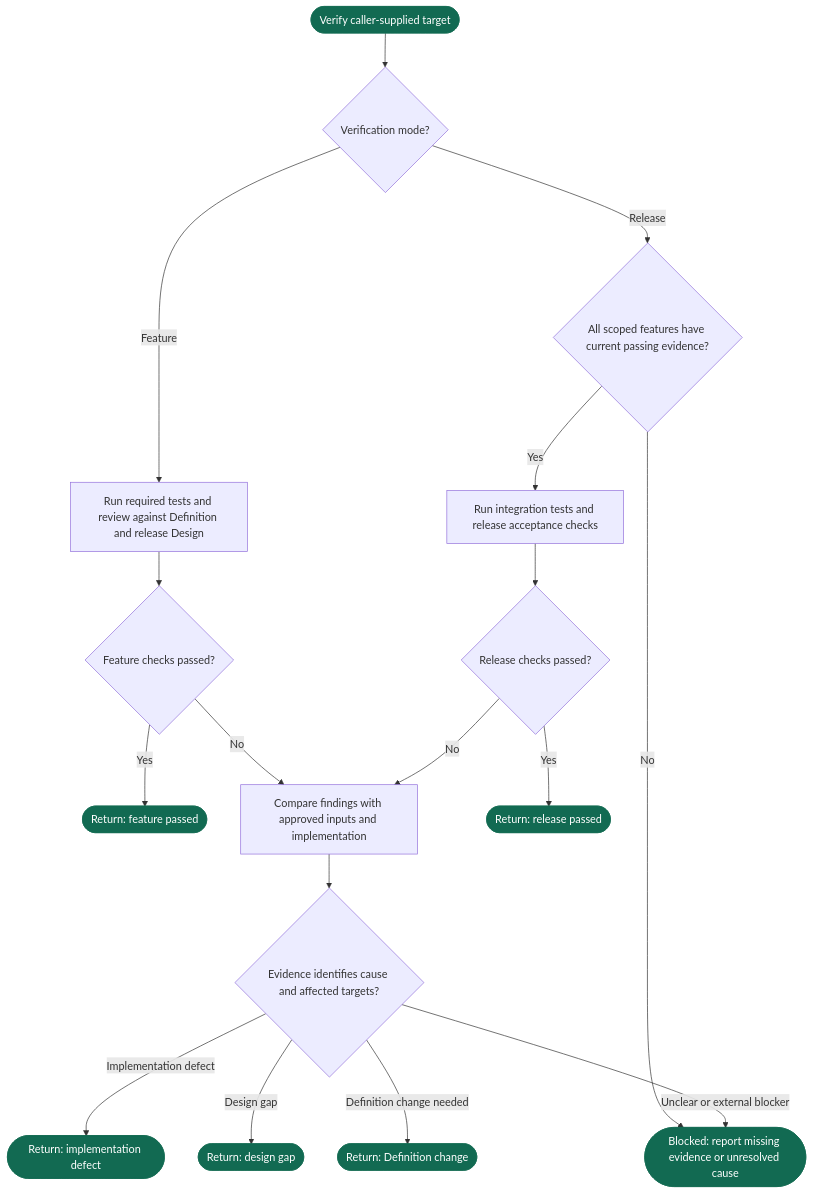
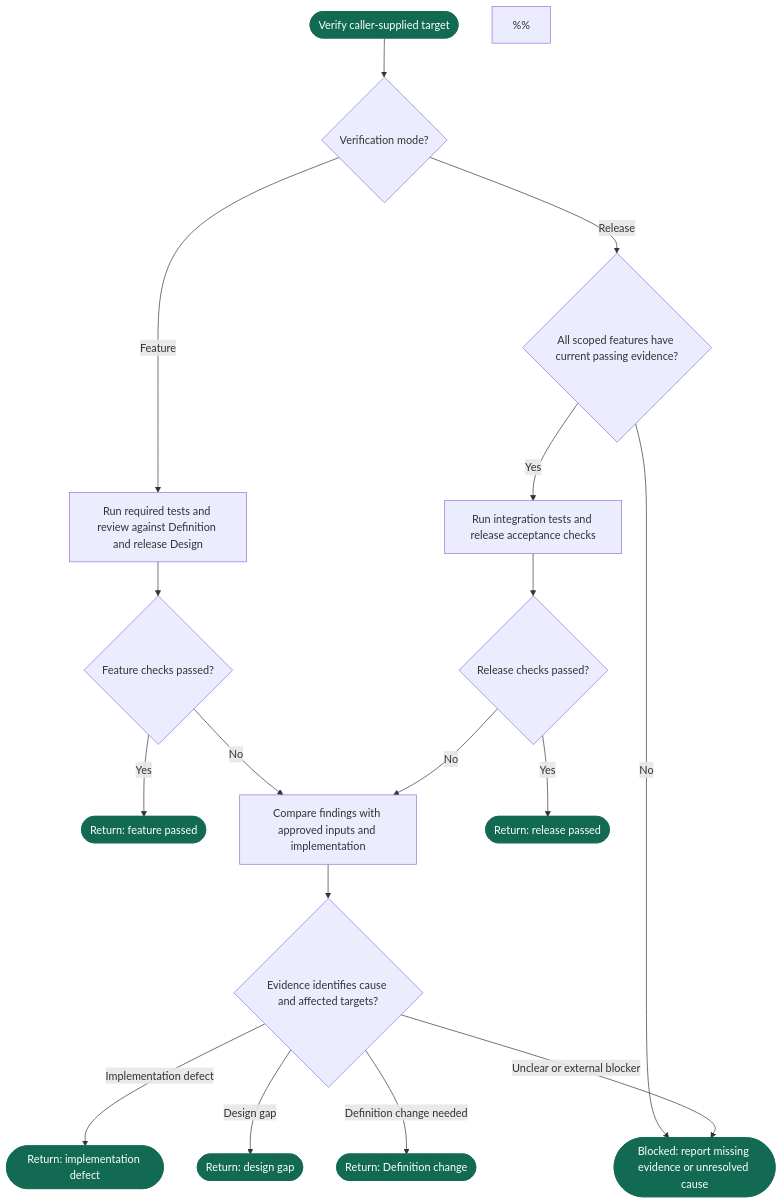
The diagram in docs/airflow/flows/verification.mmd (vanlangenlabs/vanlangenlabs-site), drawn with Mermaid before and after one commit. The commit also changed 14 other files, not shown here.

Commit message:
refactor(airflow): keep phase rules in Mermaid sources

```diff
--- a/docs/airflow/flows/verification.mmd
+++ b/docs/airflow/flows/verification.mmd
@@ -1,39 +1,51 @@
 flowchart TD
     start([Verify caller-supplied target]) --> mode{Verification mode?}
     mode -- Feature --> testing[Run required tests and review against Definition and release Design]
     mode -- Release --> eligible{All scoped features have current passing evidence?}
     eligible -- No --> blocked([Blocked: report missing evidence or unresolved cause])
     eligible -- Yes --> releaseChecks[Run integration tests and release acceptance checks]
     testing --> featureChecksPassed{Feature checks passed?}
     featureChecksPassed -- Yes --> featurePassed([Return: feature passed])
     featureChecksPassed -- No --> diagnosis[Compare findings with approved inputs and implementation]
     releaseChecks --> releaseChecksPassed{Release checks passed?}
     releaseChecksPassed -- Yes --> verificationComplete([Return: release passed])
     releaseChecksPassed -- No --> diagnosis
     diagnosis --> rootCause{Evidence identifies cause and affected targets?}
     rootCause -- Implementation defect --> implementationDefect([Return: implementation defect])
     rootCause -- Design gap --> designGap([Return: design gap])
     rootCause -- Definition change needed --> definitionChange([Return: Definition change])
     rootCause -- Unclear or external blocker --> blocked
 %% @airflow-context start
 %% Project supplies feature/release mode, target IDs and current approved inputs.
+%% Set feature_status to verifying for feature checks; release_status to verifying
+%% only for release checks. Apply the phase transitions when returning results.
 %% Record check names, results, input digests and code revision or working-tree
 %% evidence in .air/index.md. Return findings and affected IDs to the caller;
 %% do not select the next feature or call development subflows here.
+%%
+%% Feature transitions owned by this phase:
+%% - `selected` -> `verifying`: Impact analysis proves existing implementation reusable; current approvals permit re-verification.
+%% - `selected` -> `verified`: Impact analysis proves both implementation and passing checks unaffected by the revision.
+%% - `verifying` -> `verified`: Feature acceptance checks pass against current approved inputs and code.
+%% - `verified` -> `verifying`: Only checks need repeating; implementation remains valid.
 %% @end-airflow-context
 %% @airflow-context diagnosis
 %% Diagnose from concrete evidence, not test failure alone. A Definition change
 %% is a proposed requirement correction, never permission to weaken acceptance
 %% criteria to fit broken code. Identify targets and invalidate affected checks
-%% using ../record-lifecycle.md, Changes after approval. If cause or impact is
+%% using Project impact rules. If cause or impact is
 %% unclear, return Blocked. Project routes repair and required reapprovals.
 %% @end-airflow-context
 %% @airflow-context releaseChecks
 %% Feature checks do not replace integration and release acceptance checks.
 %% Re-run affected feature checks after repair before repeating release checks.
 %% Passing checks do not authorize publication.
+%%
+%% Release transition `implementing -> verifying`: All scoped features have current passing feature checks; release integration checks begin. Owner: AI, based on evidence.
+%%
+%% Release transition `verifying -> release-ready`: Every feature and release-level check passes against current approved inputs. Owner: AI, based on evidence.
 %% @end-airflow-context
 
     classDef boundary fill:#126a52,color:#ffffff,stroke:#126a52
     classDef approval fill:#fff0e8,color:#633b2c,stroke:#c68162
     class start,blocked,featurePassed,verificationComplete,implementationDefect,designGap,definitionChange boundary
```
